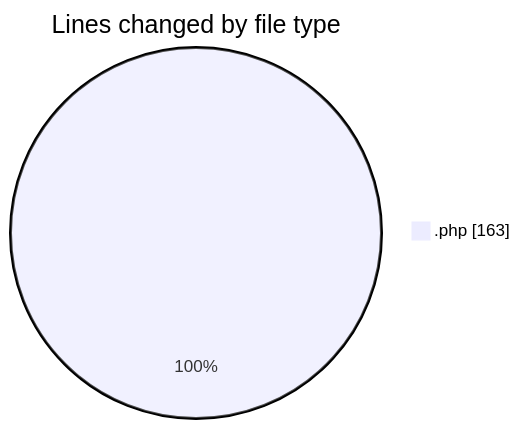
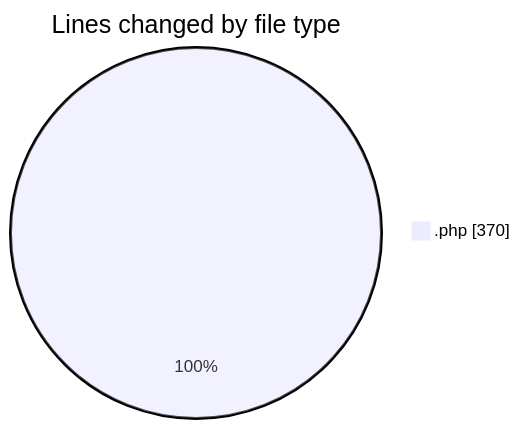
The first of 2 diagrams in 2025-03-17/web/README.md (LanceThiago/code-tracking), drawn with Mermaid before and after one commit. The commit also changed other lines of this file and 1 other file, not shown here.

````diff
--- a/2025-03-17/web/README.md
+++ b/2025-03-17/web/README.md
@@ -22,5 +23,5 @@
 ```mermaid
 pie showData
 title Lines changed by file type
-".php" : 163
+".php" : 370
 ```
````
